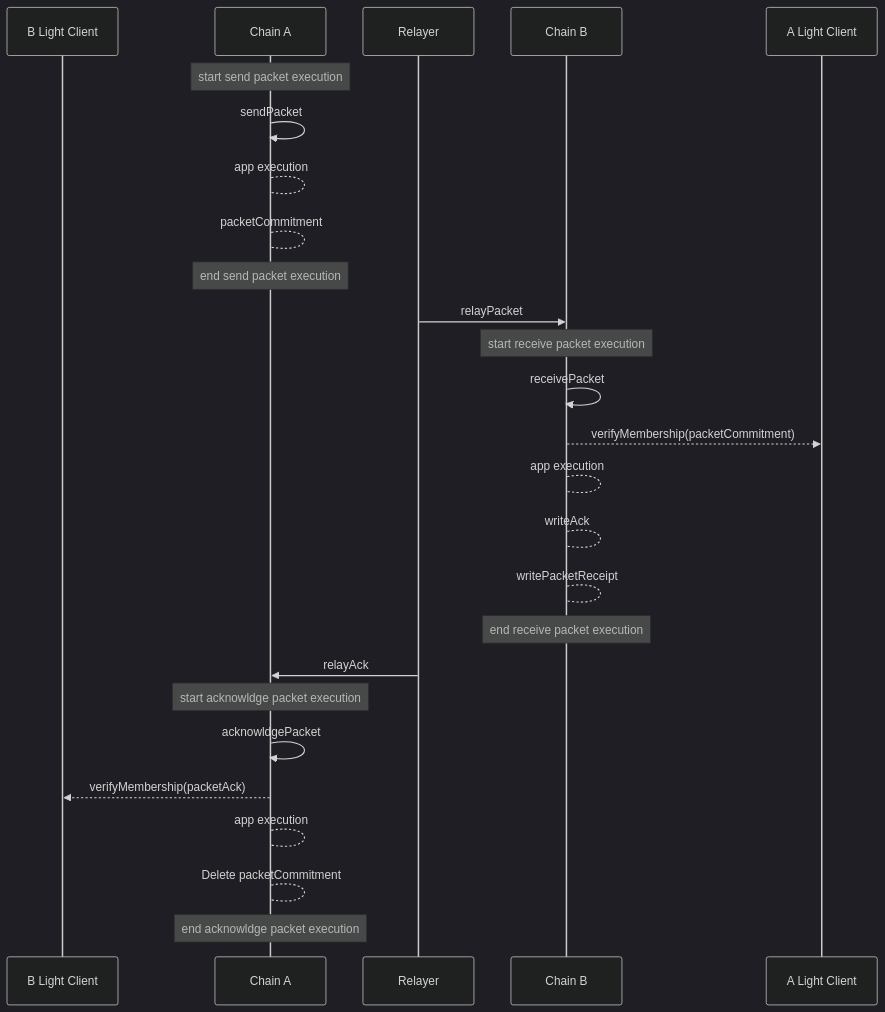
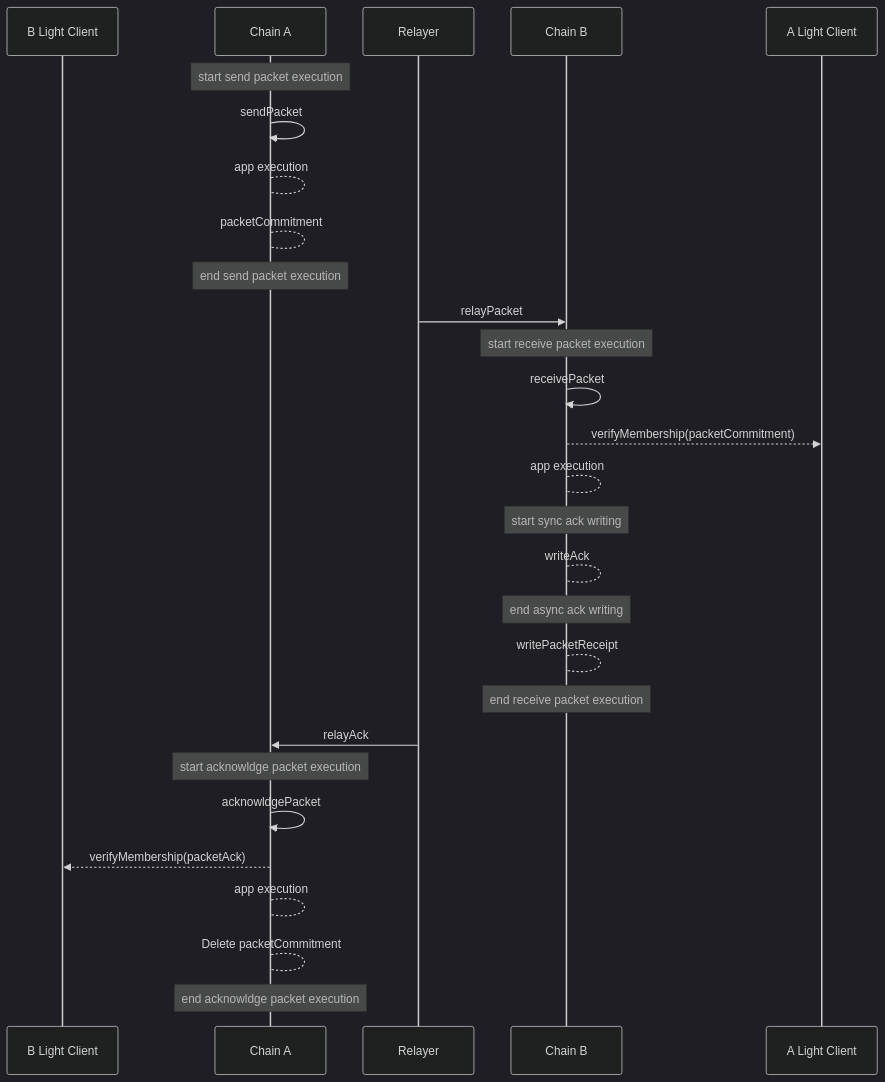
The third of 5 diagrams in spec/core/v2/ics-004-packet-semantics/README.md (cosmos/ibc), drawn with Mermaid (dark theme) before and after one commit. The commit also changed other lines of this file, not shown here.

````diff
--- a/spec/core/v2/ics-004-packet-semantics/README.md
+++ b/spec/core/v2/ics-004-packet-semantics/README.md
@@ -421,29 +425,31 @@
 ```mermaid
 sequenceDiagram
     participant B Light Client 
     participant Chain A    
     participant Relayer 
     participant Chain B
     participant A Light Client
     Note over Chain A: start send packet execution
     Chain A ->> Chain A : sendPacket
     Chain A --> Chain A : app execution
     Chain A --> Chain A : packetCommitment 
     Note over Chain A: end send packet execution
     Relayer ->> Chain B: relayPacket
     Note over Chain B: start receive packet execution
     Chain B ->> Chain B: receivePacket
     Chain B -->> A Light Client: verifyMembership(packetCommitment)
     Chain B --> Chain B : app execution
+    Note over Chain B: start sync ack writing
     Chain B --> Chain B: writeAck
+    Note over Chain B: end async ack writing
     Chain B --> Chain B: writePacketReceipt
     Note over Chain B: end receive packet execution
     Relayer ->> Chain A: relayAck
     Note over Chain A: start acknowldge packet execution
     Chain A ->> Chain A : acknowldgePacket
     Chain A -->> B Light Client: verifyMembership(packetAck)
     Chain A --> Chain A : app execution
     Chain A --> Chain A : Delete packetCommitment
     Note over Chain A: end acknowldge packet execution
      
 ```
````
